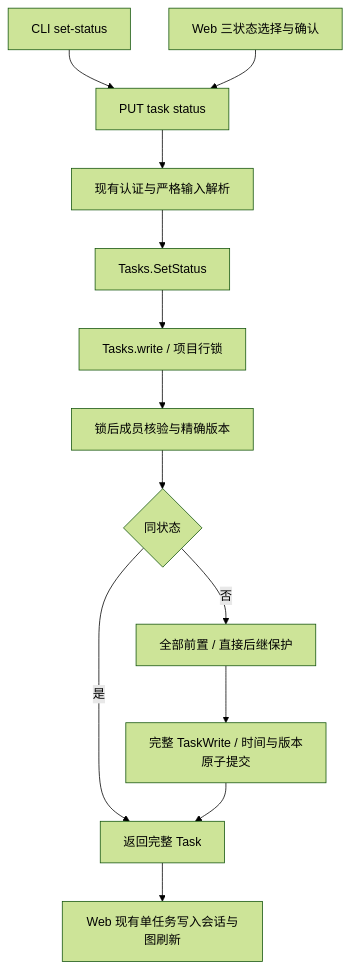
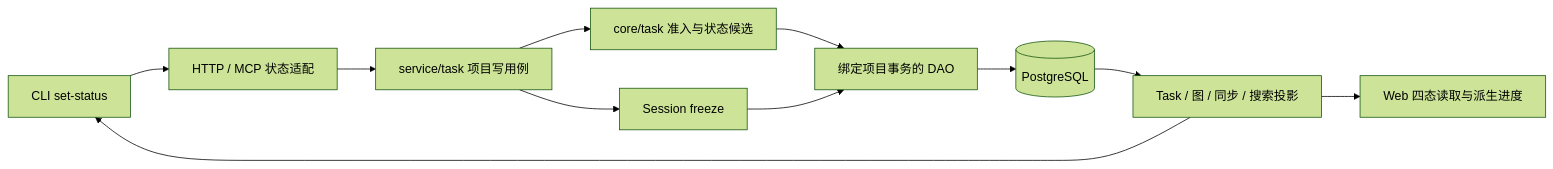
The diagram in docs/design/daynight-task-status.md (codetreker/daynight), drawn with Mermaid (forest theme) before and after one commit. The commit also changed other lines of this file and 229 other files, not shown here.

````diff
--- a/docs/design/daynight-task-status.md
+++ b/docs/design/daynight-task-status.md
@@ -21,15 +11,13 @@
 ```mermaid
-flowchart TD
-  CLI[CLI set-status] --> API[PUT task status]
-  UI[Web 三状态选择与确认] --> API
-  API --> INPUT[现有认证与严格输入解析]
-  INPUT --> SVC[Tasks.SetStatus]
-  SVC --> LOCK[Tasks.write / 项目行锁]
-  LOCK --> VERSION[锁后成员核验与精确版本]
-  VERSION --> SAME{同状态}
-  SAME -->|是| RETURN[返回完整 Task]
-  SAME -->|否| GUARD[全部前置 / 直接后继保护]
-  GUARD --> WRITE[完整 TaskWrite / 时间与版本原子提交]
-  WRITE --> RETURN
-  RETURN --> SESSION[Web 现有单任务写入会话与图刷新]
+flowchart LR
+  CLI[CLI set-status] --> API[HTTP / MCP 状态适配]
+  API --> SVC[service/task 项目写用例]
+  SVC --> CORE[core/task 准入与状态候选]
+  SVC --> FREEZE[Session freeze]
+  CORE --> DAO[绑定项目事务的 DAO]
+  FREEZE --> DAO
+  DAO --> DB[(PostgreSQL)]
+  DB --> READ[Task / 图 / 同步 / 搜索投影]
+  READ --> WEB[Web 四态读取与派生进度]
+  READ --> CLI
 ```
````
